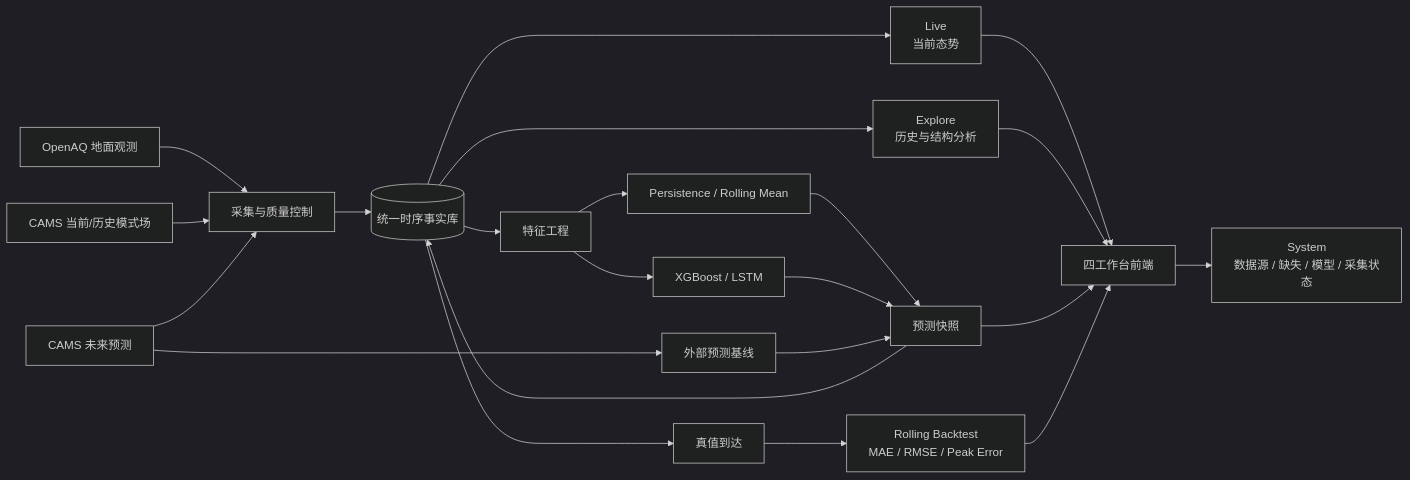
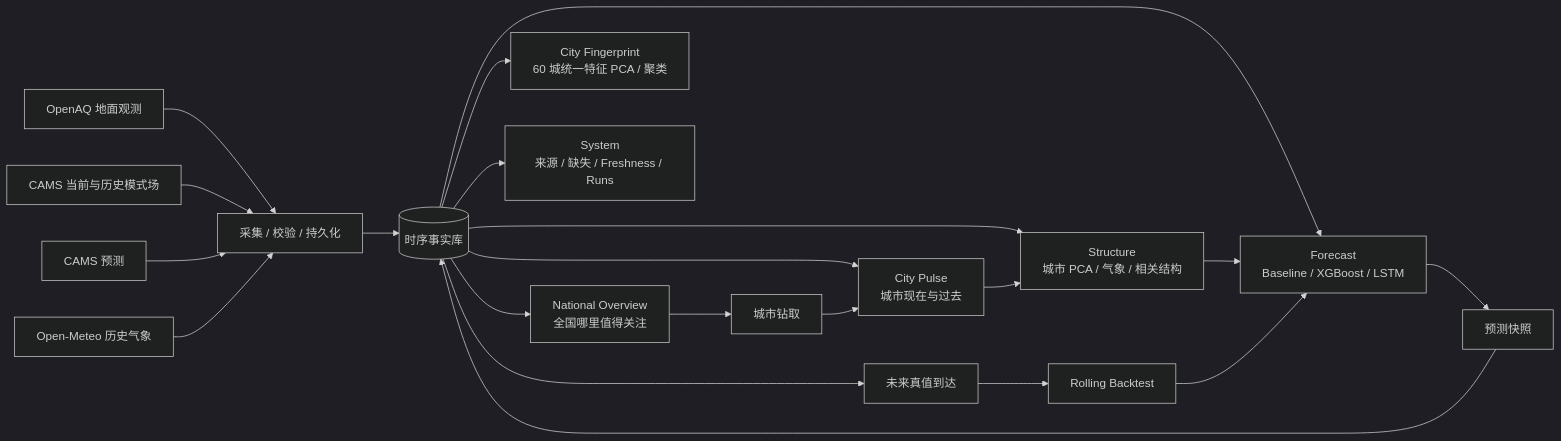
One commit to rippleshe/AirObservatory changed the first of 2 diagrams in ARCHITECTURE.md. Above: the diagram before and after it, drawn with Mermaid (dark theme). The commit also changed other lines of this file and 60 other files, not shown here.

First line of the commit message:
60 城空气场分析链路 + 视觉与读图层统一

````diff
--- a/ARCHITECTURE.md
+++ b/ARCHITECTURE.md
@@ -9,31 +5,28 @@
 ```mermaid
 flowchart LR
-    A[OpenAQ 地面观测] --> B[采集与质量控制]
-    C[CAMS 当前/历史模式场] --> B
-    D[CAMS 未来预测] --> B
+    A[OpenAQ 地面观测] --> D[采集 / 校验 / 持久化]
+    B[CAMS 当前与历史模式场] --> D
+    C[CAMS 预测] --> D
+    W[Open-Meteo 历史气象] --> D
 
-    B --> E[(统一时序事实库)]
+    D --> E[(时序事实库)]
 
-    E --> F[Live<br/>当前态势]
-    E --> G[Explore<br/>历史与结构分析]
+    E --> N[National Overview<br/>全国哪里值得关注]
+    E --> P[City Pulse<br/>城市现在与过去]
+    E --> S[Structure<br/>城市 PCA / 气象 / 相关结构]
+    E --> G[City Fingerprint<br/>60 城统一特征 PCA / 聚类]
+    E --> F[Forecast<br/>Baseline / XGBoost / LSTM]
 
-    E --> H[特征工程]
-    H --> I[Persistence / Rolling Mean]
-    H --> J[XGBoost / LSTM]
-    D --> K[外部预测基线]
+    F --> Q[预测快照]
+    Q --> E
+    E --> T[未来真值到达]
+    T --> R[Rolling Backtest]
 
-    I --> L[预测快照]
-    J --> L
-    K --> L
-    L --> E
+    N --> U[城市钻取]
+    U --> P
+    P --> S
+    S --> F
+    R --> F
 
-    E --> M[真值到达]
-    M --> N[Rolling Backtest<br/>MAE / RMSE / Peak Error]
-
-    F --> O[四工作台前端]
-    G --> O
-    L --> O
-    N --> O
-
-    O --> P[System<br/>数据源 / 缺失 / 模型 / 采集状态]
+    E --> Y[System<br/>来源 / 缺失 / Freshness / Runs]
 ```
````
